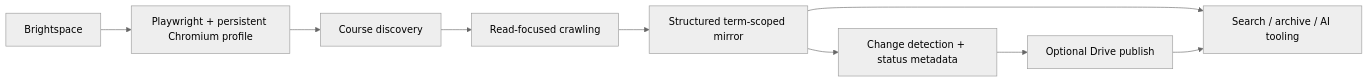
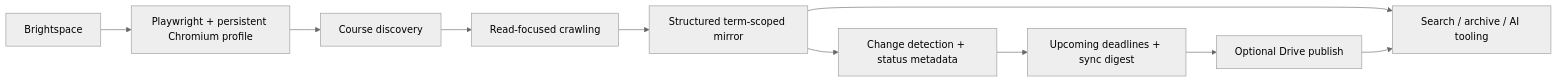
Before and after one commit to aryanramz/brightspace-sync: the diagram in README.md, drawn with Mermaid (neutral theme). The commit also changed other lines of this file, not shown here.

Commit message:
Document upcoming deadlines and sync digest indexes

````diff
--- a/README.md
+++ b/README.md
@@ -43,11 +45,12 @@
 ```mermaid
 flowchart LR
     A[Brightspace] --> B[Playwright + persistent Chromium profile]
     B --> C[Course discovery]
     C --> D[Read-focused crawling]
     D --> E[Structured term-scoped mirror]
     E --> F[Change detection + status metadata]
-    F --> G[Optional Drive publish]
+    F --> I[Upcoming deadlines + sync digest]
+    I --> G[Optional Drive publish]
     E --> H[Search / archive / AI tooling]
     G --> H
 ```
````
